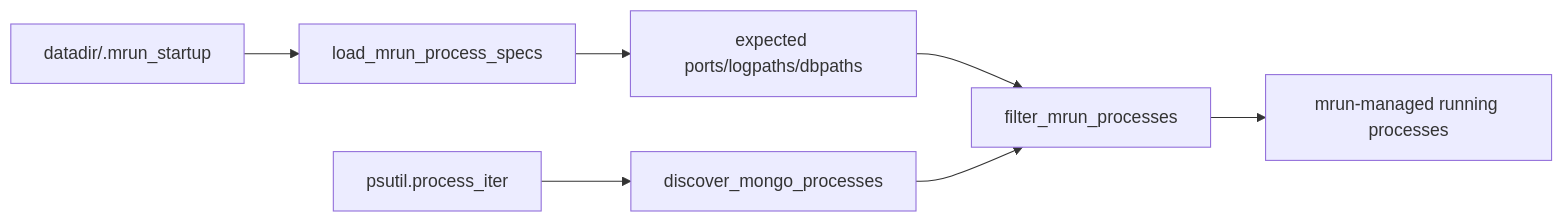
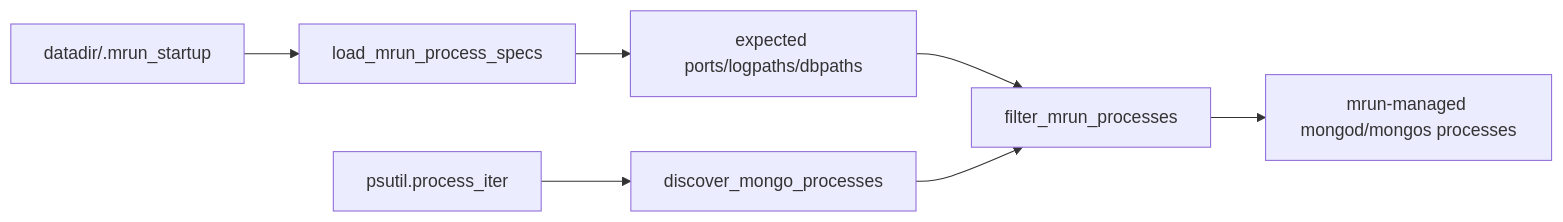
The seventh of 13 diagrams in doc/feature-monitor-guide.md (mongodb/mlaunch), drawn with Mermaid before and after one commit. The commit also changed other lines of this file and 1 other file, not shown here.

````diff
--- a/doc/feature-monitor-guide.md
+++ b/doc/feature-monitor-guide.md
@@ -664,9 +670,9 @@
 ```mermaid
 flowchart LR
     A[datadir/.mrun_startup] --> B[load_mrun_process_specs]
     B --> C[expected ports/logpaths/dbpaths]
     D[psutil.process_iter] --> E[discover_mongo_processes]
     C --> F[filter_mrun_processes]
     E --> F
-    F --> G[mrun-managed running processes]
+    F --> G[mrun-managed mongod/mongos processes]
 ```
````
